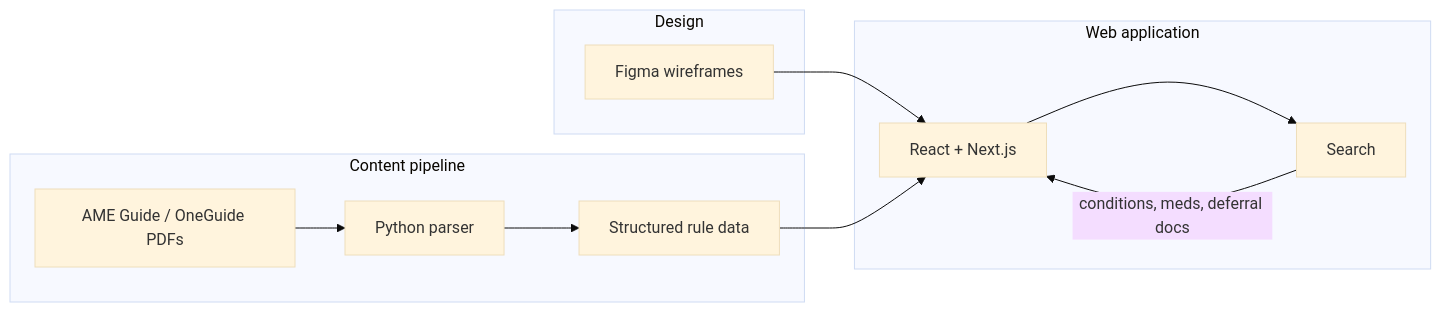
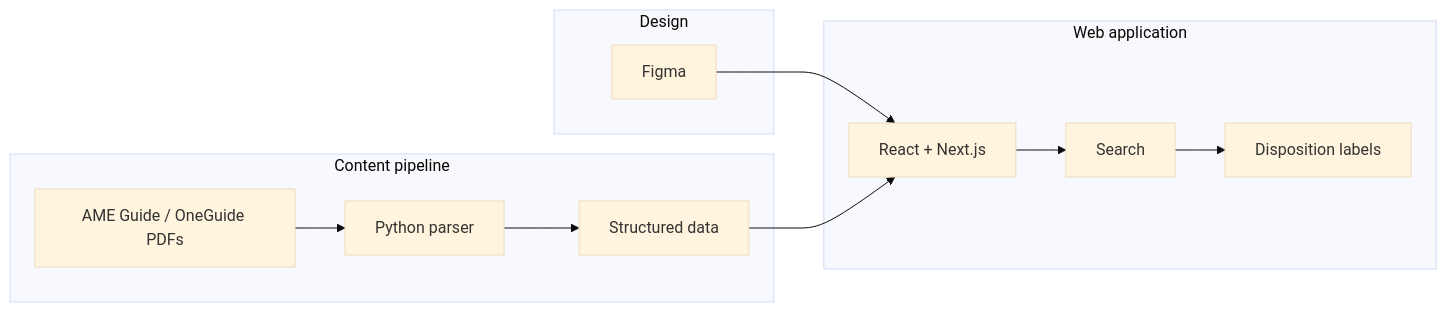
The diagram in README.md (Colby-Frison/Capstone-Fall2026), drawn with Mermaid (base theme) before and after one commit. The commit also changed other lines of this file, not shown here.

````diff
--- a/README.md
+++ b/README.md
@@ -78,23 +73,24 @@
 ```mermaid
 flowchart LR
     subgraph design[Design]
-        FIG["Figma wireframes"]
+        FIG["Figma"]
     end
 
     subgraph content[Content pipeline]
         PDF["AME Guide / OneGuide PDFs"]
         PY["Python parser"]
-        DATA["Structured rule data"]
+        DATA["Structured data"]
     end
 
     subgraph app[Web application]
         NEXT["React + Next.js"]
         SEARCH["Search"]
+        DISP["Disposition labels"]
     end
 
     FIG --> NEXT
     PDF --> PY --> DATA
     DATA --> NEXT
     NEXT --> SEARCH
-    SEARCH -->|"conditions, meds, deferral docs"| NEXT
+    SEARCH --> DISP
 ```
````
